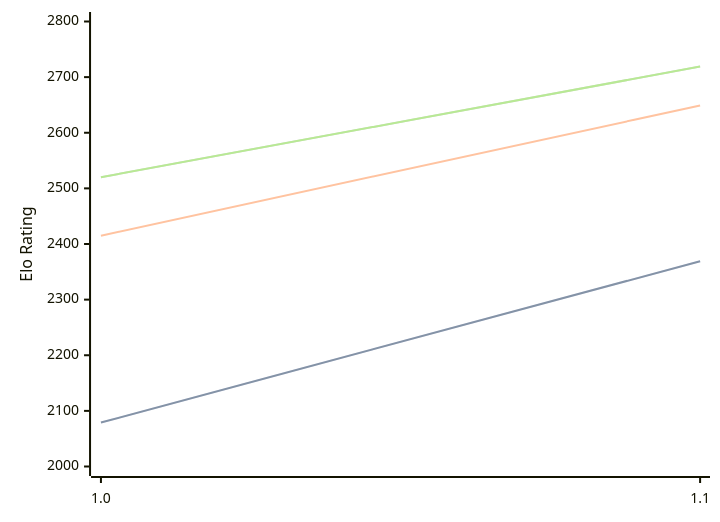
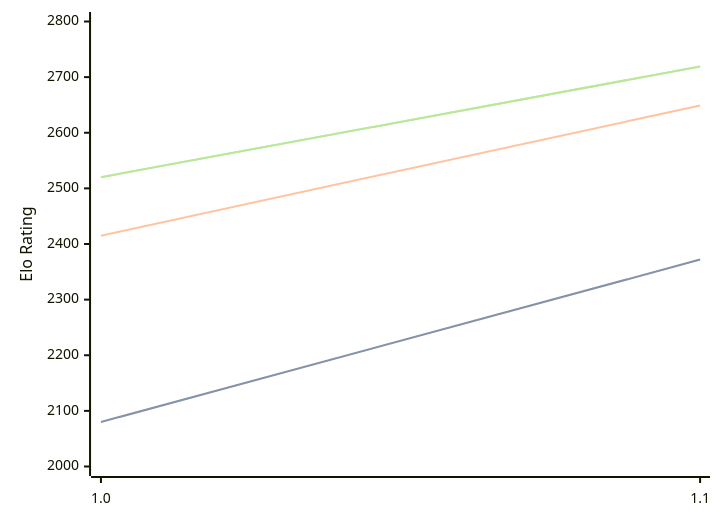
Before and after one commit to computer-chess-index/cci: the diagram in engines/Erinn.md, drawn with Mermaid. The commit also changed other lines of this file, not shown here.

````diff
--- a/engines/Erinn.md
+++ b/engines/Erinn.md
@@ -32,11 +32,11 @@
 ```mermaid
 %%{init: {"theme":"base","themeVariables":{"seriesColors:['#a3a3a3','#222221','#faa371']}}}%%
 xychart-beta
   x-axis ["1.0", "1.1"]
   y-axis "Elo Rating" 2000 --> 2800
-  line "STC (8.0+0.08s)" [2079, 2369]
-  line "STC (8.0+0.08s)" [2079, 2369]
+  line "STC (8.0+0.08s)" [2080, 2372]
+  line "STC (8.0+0.08s)" [2080, 2372]
   line "LTC (60.0+0.60s)" [2415, 2649]
   line "VLTC (2m24s+1.12s)" [2520, 2719]
   line "VLTC (2m24s+1.12s)" [2520, 2719]
 ```
````
